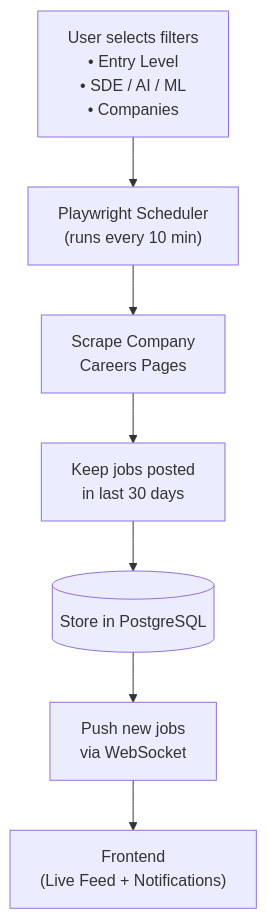
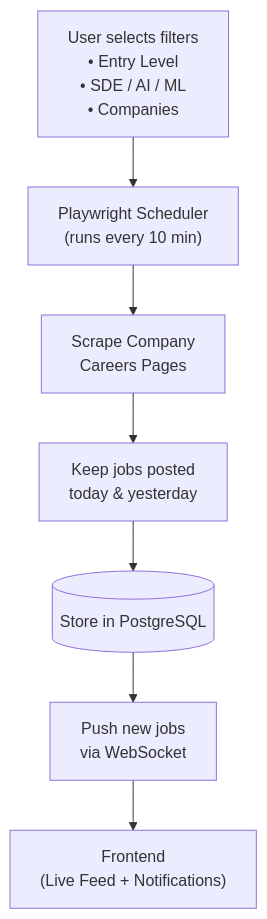
One commit to ChetanyaRathi/job-scraper changed the diagram in README.md. Above: the diagram before and after it, drawn with Mermaid. The commit also changed other lines of this file and 4 other files, not shown here.

````diff
--- a/README.md
+++ b/README.md
@@ -24,9 +24,9 @@
 ```mermaid
 flowchart TD
     A["User selects filters<br/>• Entry Level<br/>• SDE / AI / ML<br/>• Companies"] --> B["Playwright Scheduler<br/>(runs every 10 min)"]
     B --> C["Scrape Company<br/>Careers Pages"]
-    C --> D["Keep jobs posted<br/>in last 30 days"]
+    C --> D["Keep jobs posted<br/>today & yesterday"]
     D --> E[("Store in PostgreSQL")]
     E --> F["Push new jobs<br/>via WebSocket"]
     F --> G["Frontend<br/>(Live Feed + Notifications)"]
 ```
````
